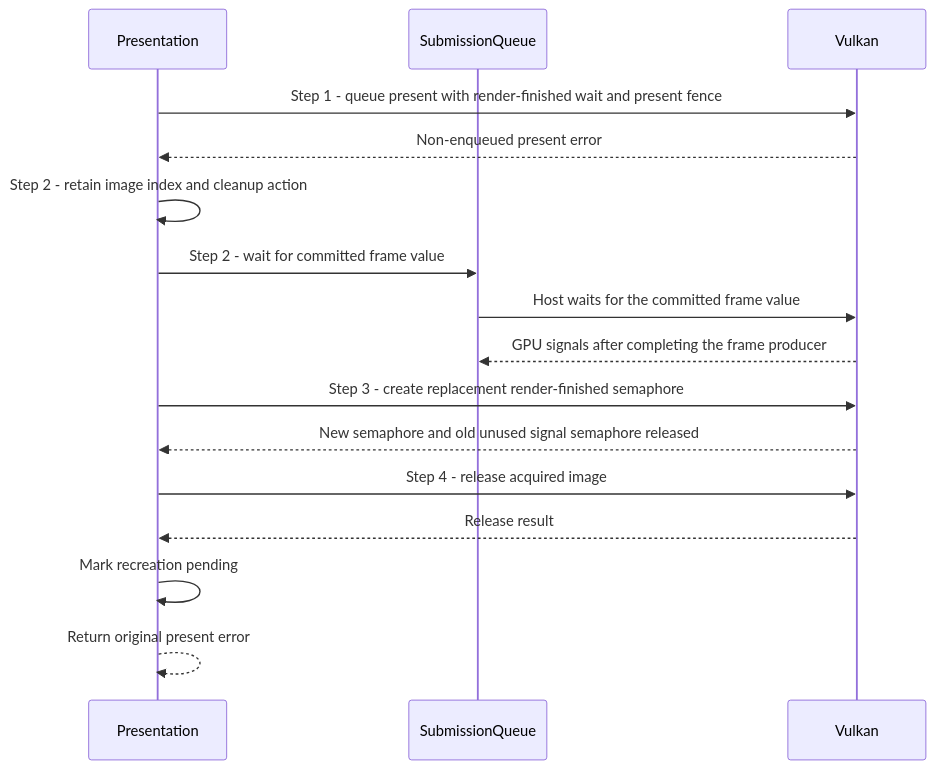
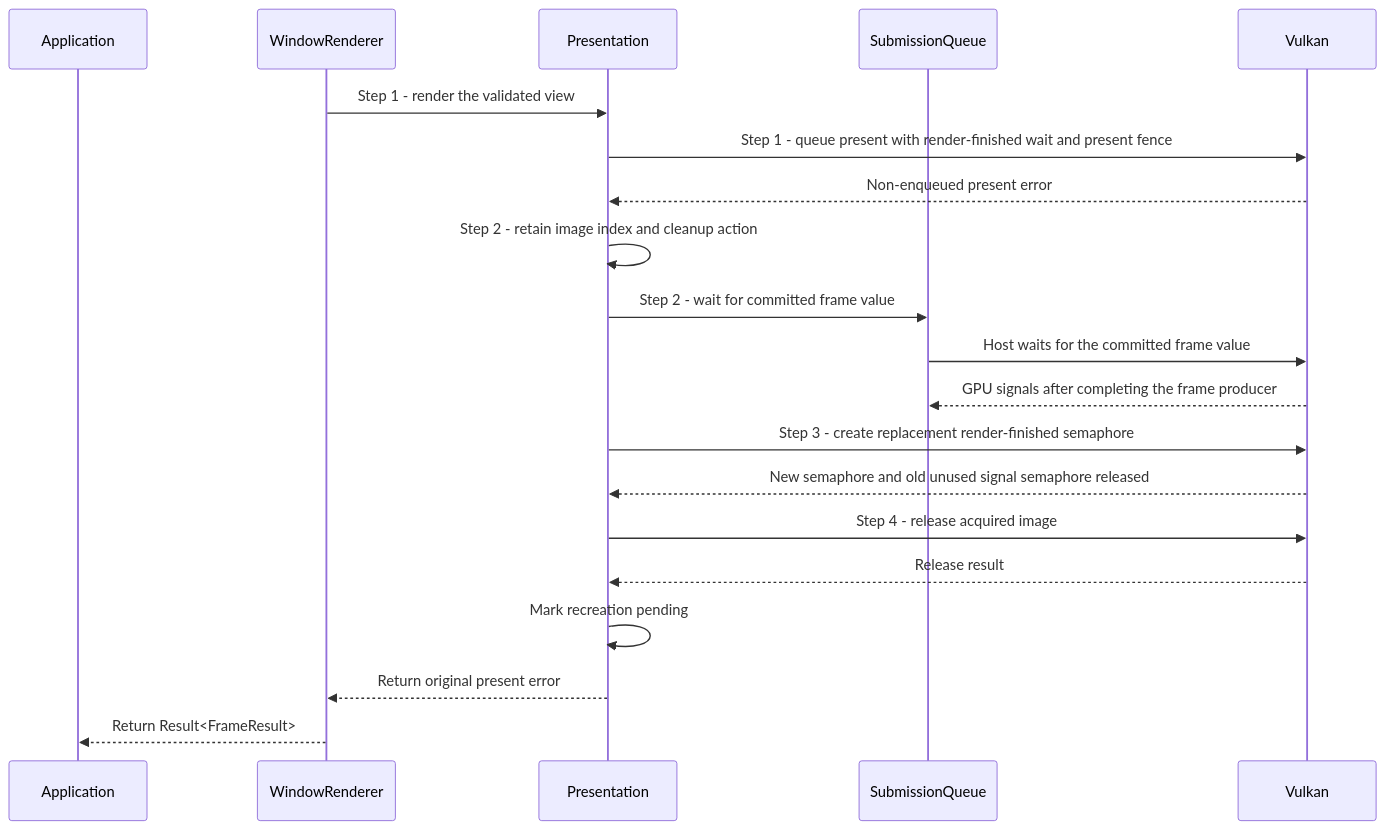
One commit to a-soltysik/Panda changed the diagram in docs/use-cases/recover-presentation-failure.md. Above: the diagram before and after it, drawn with Mermaid. The commit also changed other lines of this file and 17 other files, not shown here.

````diff
--- a/docs/use-cases/recover-presentation-failure.md
+++ b/docs/use-cases/recover-presentation-failure.md
@@ -29,18 +30,22 @@
 ```mermaid
 sequenceDiagram
+    participant A as Application
+    participant W as WindowRenderer
     participant P as Presentation
     participant Q as SubmissionQueue
     participant V as Vulkan
+    W->>P: Step 1 - render the validated view
     P->>V: Step 1 - queue present with render-finished wait and present fence
     V-->>P: Non-enqueued present error
     P->>P: Step 2 - retain image index and cleanup action
     P->>Q: Step 2 - wait for committed frame value
     Q->>V: Host waits for the committed frame value
     V-->>Q: GPU signals after completing the frame producer
     P->>V: Step 3 - create replacement render-finished semaphore
     V-->>P: New semaphore and old unused signal semaphore released
     P->>V: Step 4 - release acquired image
     V-->>P: Release result
     P->>P: Mark recreation pending
-    P-->>P: Return original present error
+    P-->>W: Return original present error
+    W-->>A: Return Result<FrameResult>
 ```
````
